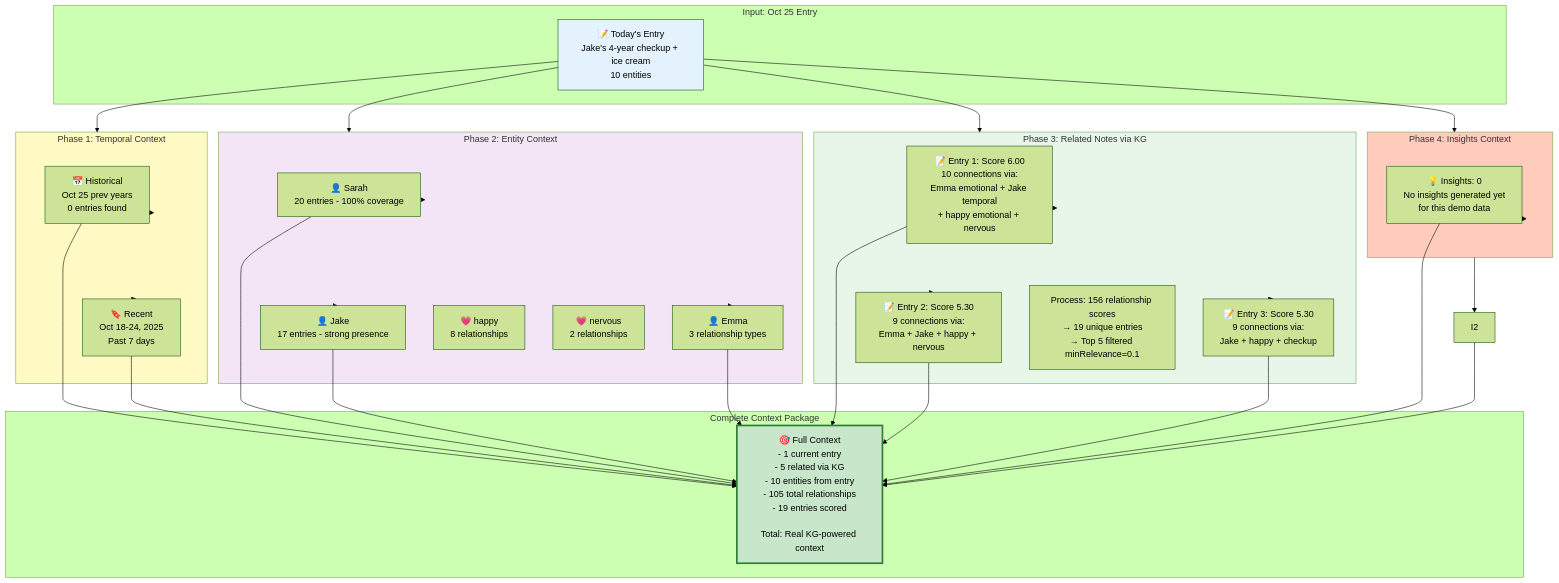
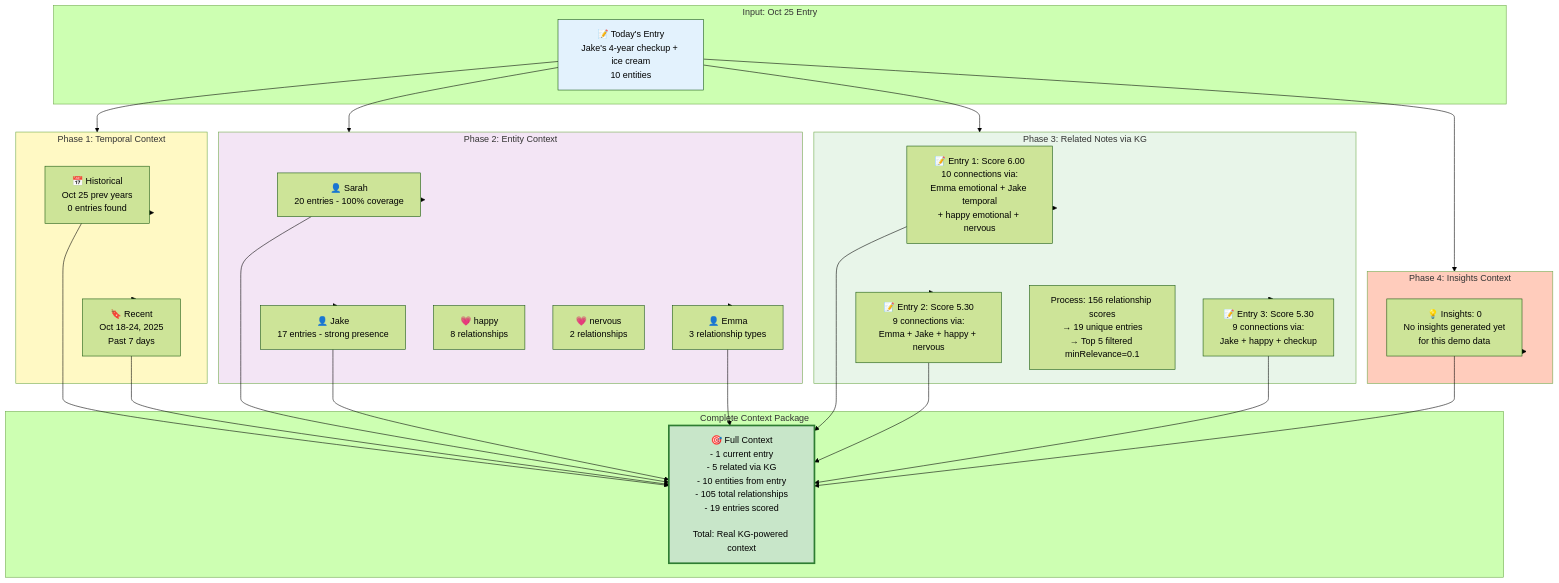
One commit to phuc-nt/kioku-ios changed the eighth of 14 diagrams in docs/99_lesson/PRESENTATION_SLIDES.md. Above: the diagram before and after it, drawn with Mermaid (forest theme). The commit also changed other lines of this file, not shown here.

First line of the commit message:
docs: update presentation diagrams with real demo data

````diff
--- a/docs/99_lesson/PRESENTATION_SLIDES.md
+++ b/docs/99_lesson/PRESENTATION_SLIDES.md
@@ -480,68 +483,66 @@
 ```mermaid
 graph TB
     subgraph Input["Input: Oct 25 Entry"]
         E[📝 Today's Entry<br/>Jake's 4-year checkup + ice cream<br/>10 entities]
     end
 
     subgraph Phase1["Phase 1: Temporal Context"]
         T1[📅 Historical<br/>Oct 25 prev years<br/>0 entries found]
         T2[🔖 Recent<br/>Oct 18-24, 2025<br/>Past 7 days]
     end
 
     subgraph Phase2["Phase 2: Entity Context"]
         Ent1[👤 Sarah<br/>20 entries - 100% coverage]
         Ent2[👤 Jake<br/>17 entries - strong presence]
         Ent3[👤 Emma<br/>3 relationship types]
         Ent4[💗 happy<br/>8 relationships]
         Ent5[💗 nervous<br/>2 relationships]
     end
 
     subgraph Phase3["Phase 3: Related Notes via KG"]
         R1[📝 Entry 1: Score 6.00<br/>10 connections via:<br/>Emma emotional + Jake temporal<br/>+ happy emotional + nervous]
         R2[📝 Entry 2: Score 5.30<br/>9 connections via:<br/>Emma + Jake + happy + nervous]
         R3[📝 Entry 3: Score 5.30<br/>9 connections via:<br/>Jake + happy + checkup]
         Note1[Process: 156 relationship scores<br/>→ 19 unique entries<br/>→ Top 5 filtered minRelevance=0.1]
     end
 
     subgraph Phase4["Phase 4: Insights Context"]
         I1[💡 Insights: 0<br/>No insights generated yet<br/>for this demo data]
     end
 
     subgraph Output["Complete Context Package"]
         Context[🎯 Full Context<br/>- 1 current entry<br/>- 5 related via KG<br/>- 10 entities from entry<br/>- 105 total relationships<br/>- 19 entries scored<br/><br/>Total: Real KG-powered context]
     end
 
     E --> Phase1
     E --> Phase2
     E --> Phase3
     E --> Phase4
 
     Phase1 --> T1
     Phase1 --> T2
     Phase2 --> Ent1
     Phase2 --> Ent2
     Phase2 --> Ent3
     Phase3 --> R1
     Phase3 --> R2
     Phase3 --> R3
     Phase4 --> I1
-    Phase4 --> I2
 
     T1 --> Context
     T2 --> Context
     Ent1 --> Context
     Ent2 --> Context
     Ent3 --> Context
     R1 --> Context
     R2 --> Context
     R3 --> Context
     I1 --> Context
-    I2 --> Context
 
     style E fill:#e3f2fd
     style Phase1 fill:#fff9c4
     style Phase2 fill:#f3e5f5
     style Phase3 fill:#e8f5e9
     style Phase4 fill:#ffccbc
     style Context fill:#c8e6c9,stroke:#2e7d32,stroke-width:3px
 ```
````
